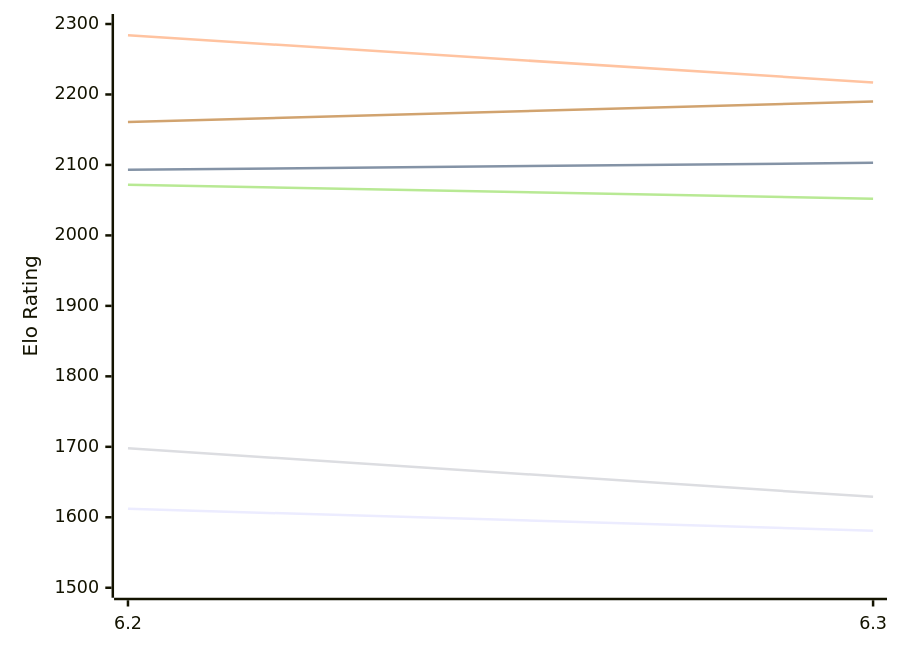
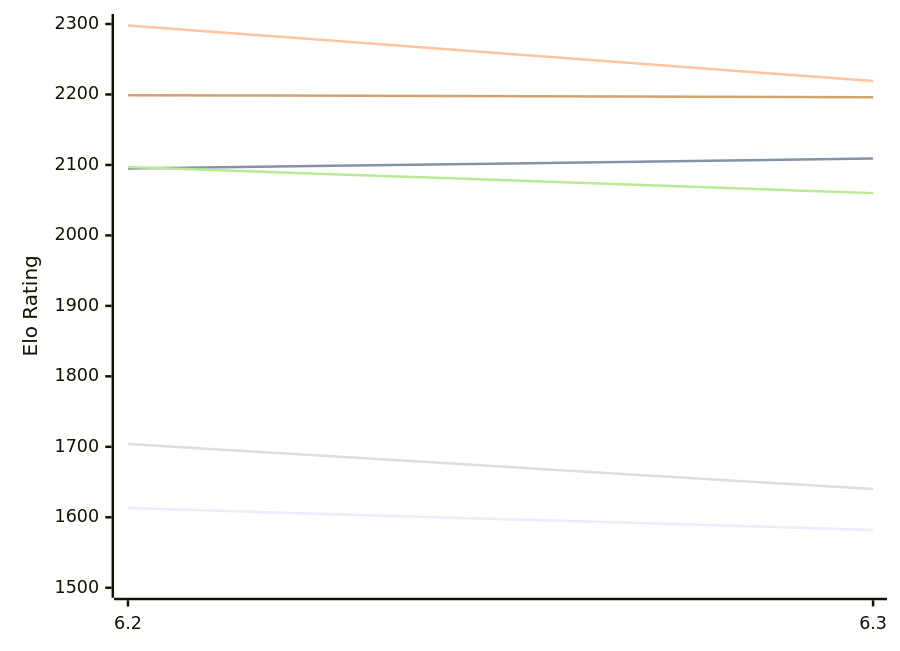
One commit to computer-chess-index/cci changed the first of 2 diagrams in engines/chess4j.md. Above: the diagram before and after it, drawn with Mermaid. The commit also changed other lines of this file, not shown here.

Commit message:
Update CCI Ratings (ELO VLTC) - 2026-11-25

````diff
--- a/engines/chess4j.md
+++ b/engines/chess4j.md
@@ -50,12 +50,12 @@
 ```mermaid
 %%{init: {"theme":"base","themeVariables":{"seriesColors:['#a3a3a3','#222221','#faa371']}}}%%
 xychart-beta
   x-axis ["6.2", "6.3"]
   y-axis "Elo Rating" 1500 --> 2300
-  line "E1: STC (8.0+0.08s)" [1612, 1581]
-  line "E1: LTC (60.0+0.60s)" [2093, 2103]
-  line "E1: VLTC (2m24s+1.12s)" [2284, 2217]
-  line "P1: STC (8.0+0.08s)" [1698, 1629]
-  line "P1: LTC (60.0+0.60s)" [2072, 2052]
-  line "P1: VLTC (2m24s+1.12s)" [2161, 2190]
+  line "E1: STC (8.0+0.08s)" [1613, 1582]
+  line "E1: LTC (60.0+0.60s)" [2095, 2109]
+  line "E1: VLTC (2m24s+1.12s)" [2298, 2219]
+  line "P1: STC (8.0+0.08s)" [1704, 1640]
+  line "P1: LTC (60.0+0.60s)" [2097, 2060]
+  line "P1: VLTC (2m24s+1.12s)" [2199, 2196]
 ```
````
